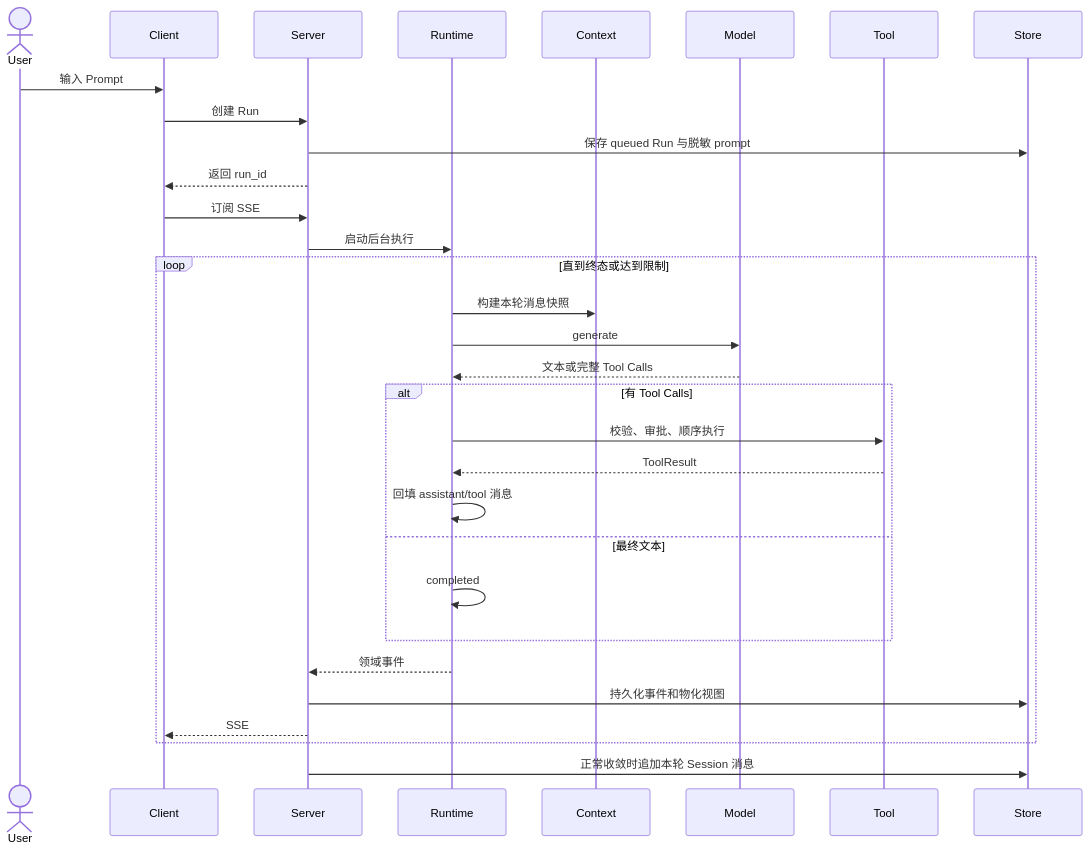
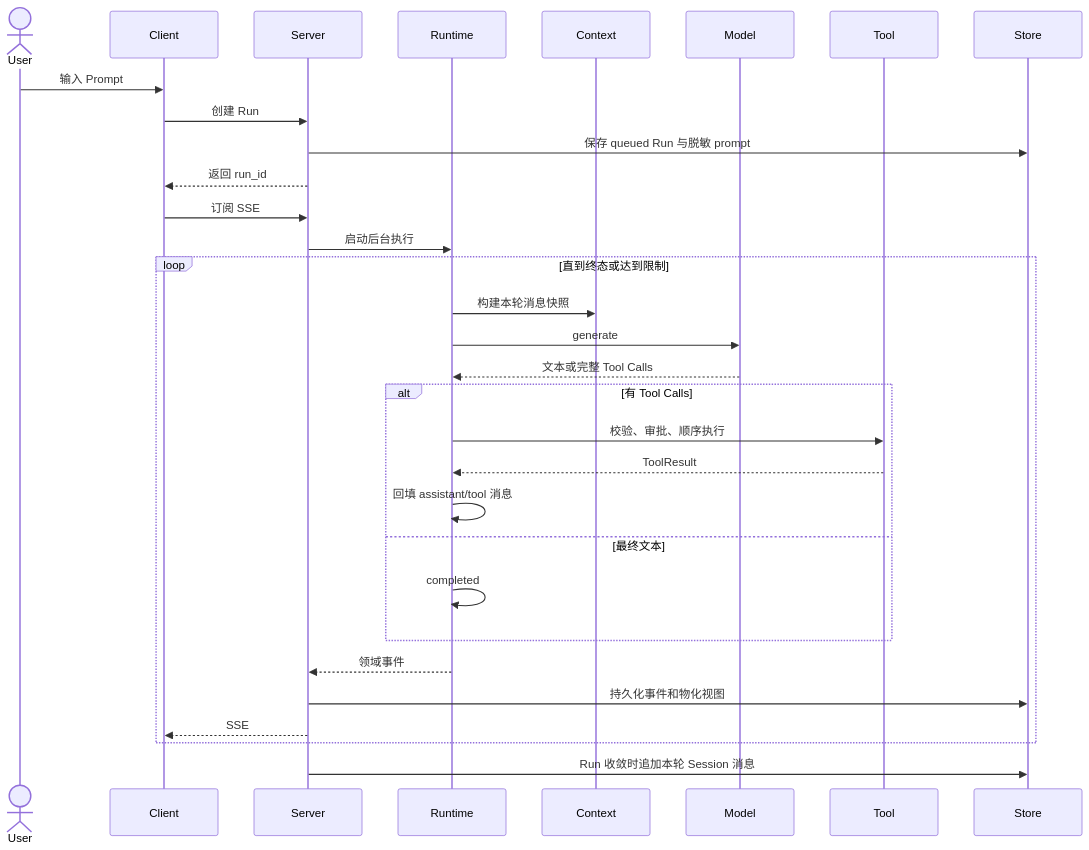
Before and after one commit to jiayu5/Nemo: the second of 3 diagrams in NEMO_ARCHITECTURE.md, drawn with Mermaid. The commit also changed other lines of this file and 28 other files, not shown here.

````diff
--- a/NEMO_ARCHITECTURE.md
+++ b/NEMO_ARCHITECTURE.md
@@ -88,34 +88,34 @@
 ```mermaid
 sequenceDiagram
     actor User
     participant Client
     participant Server
     participant Runtime
     participant Context
     participant Model
     participant Tool
     participant Store
 
     User->>Client: 输入 Prompt
     Client->>Server: 创建 Run
     Server->>Store: 保存 queued Run 与脱敏 prompt
     Server-->>Client: 返回 run_id
     Client->>Server: 订阅 SSE
     Server->>Runtime: 启动后台执行
     loop 直到终态或达到限制
         Runtime->>Context: 构建本轮消息快照
         Runtime->>Model: generate
         Model-->>Runtime: 文本或完整 Tool Calls
         alt 有 Tool Calls
             Runtime->>Tool: 校验、审批、顺序执行
             Tool-->>Runtime: ToolResult
             Runtime->>Runtime: 回填 assistant/tool 消息
         else 最终文本
             Runtime->>Runtime: completed
         end
         Runtime-->>Server: 领域事件
         Server->>Store: 持久化事件和物化视图
         Server-->>Client: SSE
     end
-    Server->>Store: 正常收敛时追加本轮 Session 消息
+    Server->>Store: Run 收敛时追加本轮 Session 消息
 ```
````
